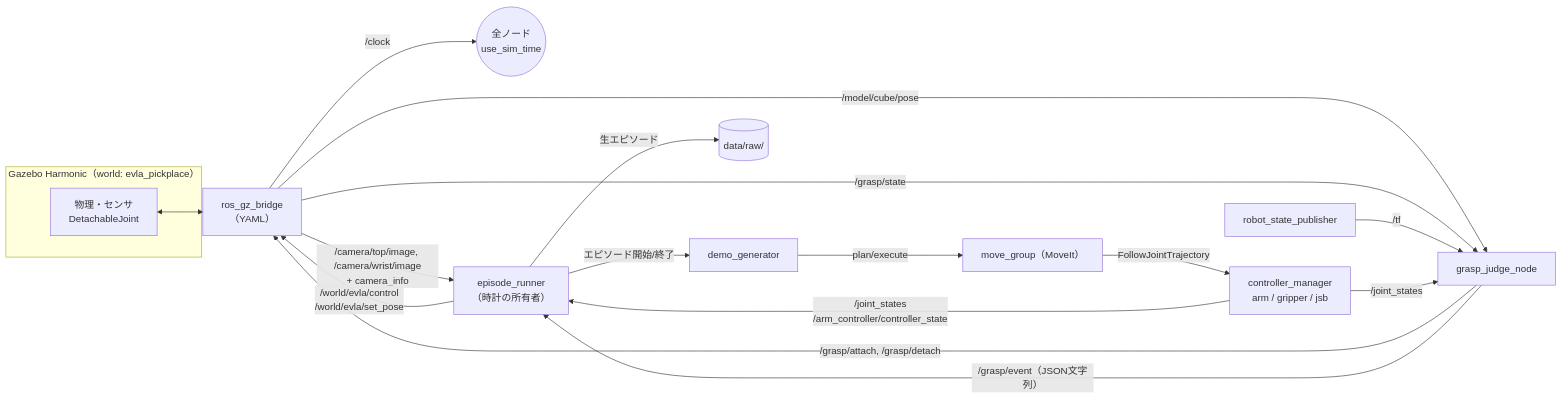
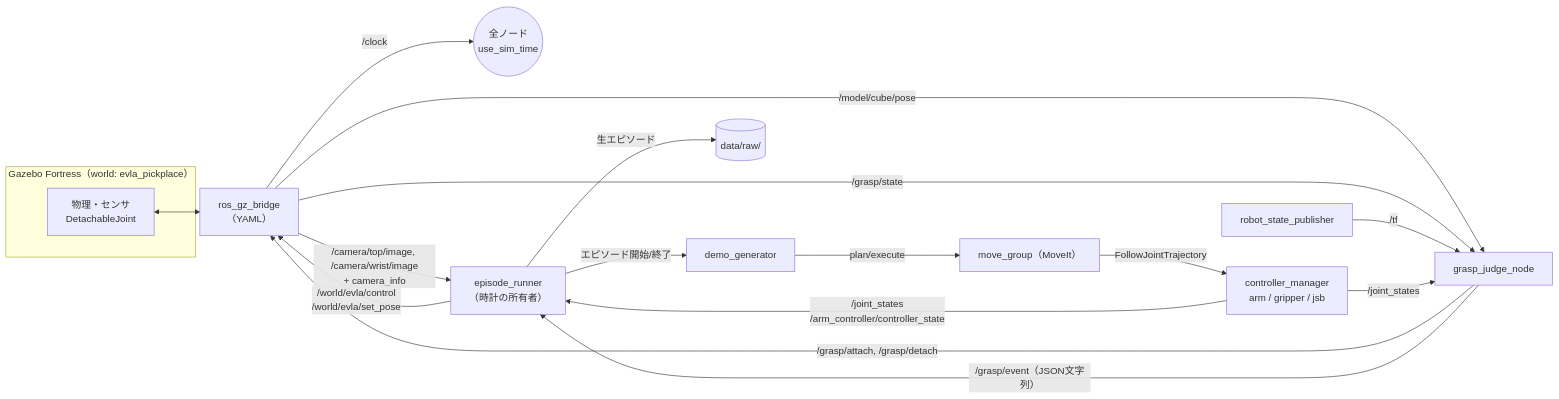
One commit to Ogachi-dev/edge_vla_research changed the first of 2 diagrams in docs/track2/30_overview.md. Above: the diagram before and after it, drawn with Mermaid. The commit also changed other lines of this file and 18 other files, not shown here.

First line of the commit message:
docs: 環境の条件を Ubuntu 22.04＋ROS 2 Humble＋Gazebo Fortress に合わせる

````diff
--- a/docs/track2/30_overview.md
+++ b/docs/track2/30_overview.md
@@ -35,22 +35,22 @@
 ```mermaid
 flowchart LR
-  subgraph GZ["Gazebo Harmonic（world: evla_pickplace）"]
+  subgraph GZ["Gazebo Fortress（world: evla_pickplace）"]
     W["物理・センサ<br/>DetachableJoint"]
   end
   BR["ros_gz_bridge<br/>（YAML）"]
   W <--> BR
   BR -- "/clock" --> ALL(("全ノード<br/>use_sim_time"))
   BR -- "/camera/top/image, /camera/wrist/image<br/>+ camera_info" --> ER
   BR -- "/model/cube/pose" --> GJ
   BR -- "/grasp/state" --> GJ
   GJ["grasp_judge_node"] -- "/grasp/attach, /grasp/detach" --> BR
   GJ -- "/grasp/event（JSON文字列）" --> ER
   RSP["robot_state_publisher"] -- "/tf" --> GJ
   CM["controller_manager<br/>arm / gripper / jsb"] -- "/joint_states" --> GJ
   CM -- "/joint_states<br/>/arm_controller/controller_state" --> ER
   MG["move_group（MoveIt）"] -- "FollowJointTrajectory" --> CM
   DG["demo_generator"] -- "plan/execute" --> MG
   ER["episode_runner<br/>（時計の所有者）"] -- "/world/evla/control<br/>/world/evla/set_pose" --> BR
   ER -- "エピソード開始/終了" --> DG
   ER -- "生エピソード" --> DISK[("data/raw/")]
 ```
````
